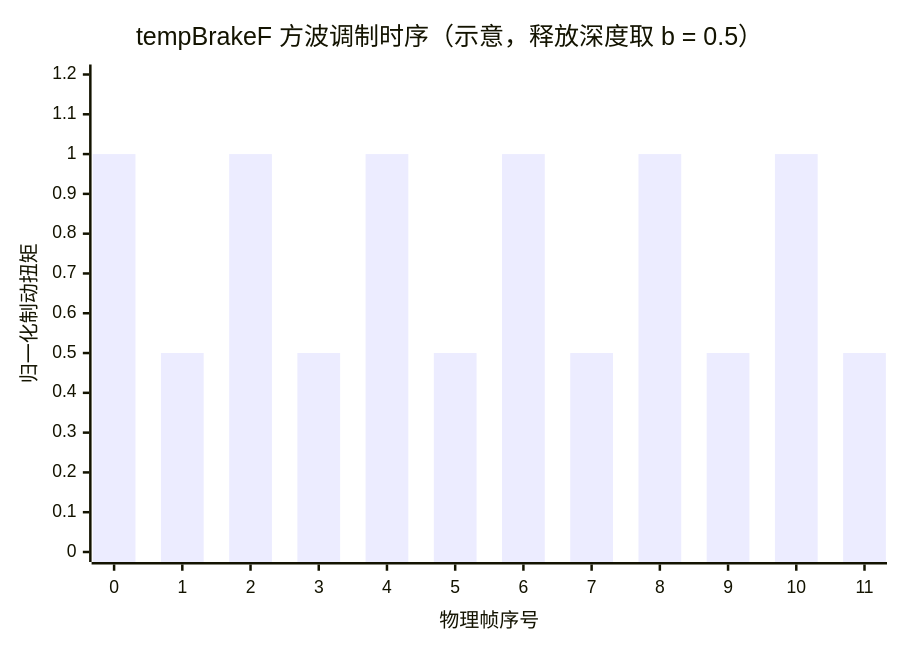
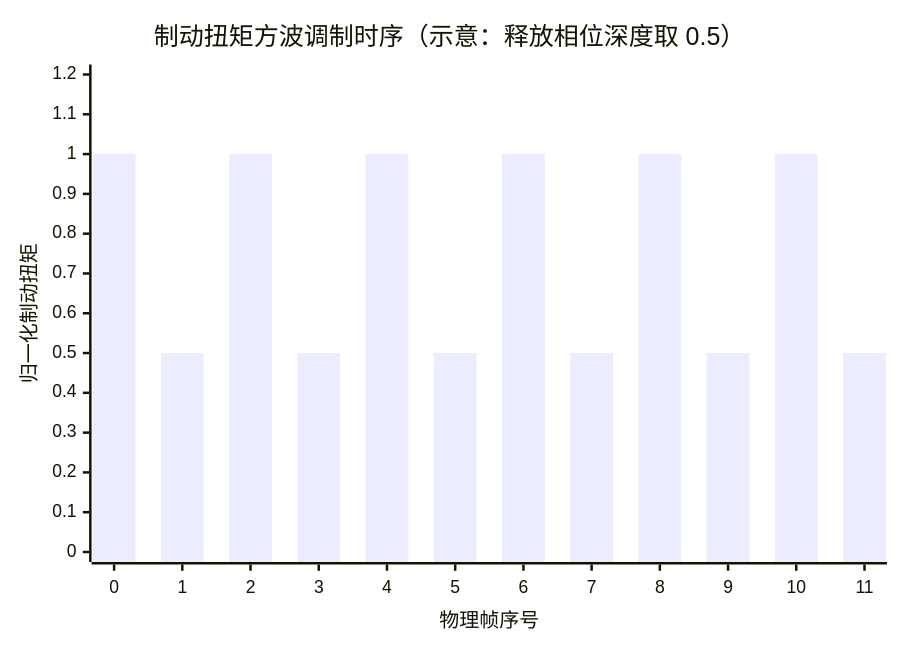
One commit to TakotsuboChen/ala-mobile-tool changed the tenth of 15 diagrams in TECHNICAL_ANALYSIS.md. Above: the diagram before and after it, drawn with Mermaid. The commit also changed other lines of this file, not shown here.

Commit message:
feat: 图表扩充至 15 幅——新增时序图/状态机/信号流/饼图；曲线加密采样消除折线感；Mermaid 内下标记号全部文字化

````diff
--- a/TECHNICAL_ANALYSIS.md
+++ b/TECHNICAL_ANALYSIS.md
@@ -276,7 +352,7 @@
 ```mermaid
 xychart-beta
-    title "tempBrakeF 方波调制时序（示意，释放深度取 b = 0.5）"
+    title "制动扭矩方波调制时序（示意：释放相位深度取 0.5）"
     x-axis "物理帧序号" [0, 1, 2, 3, 4, 5, 6, 7, 8, 9, 10, 11]
     y-axis "归一化制动扭矩" 0 --> 1.2
     bar [1.0, 0.5, 1.0, 0.5, 1.0, 0.5, 1.0, 0.5, 1.0, 0.5, 1.0, 0.5]
 ```
````
